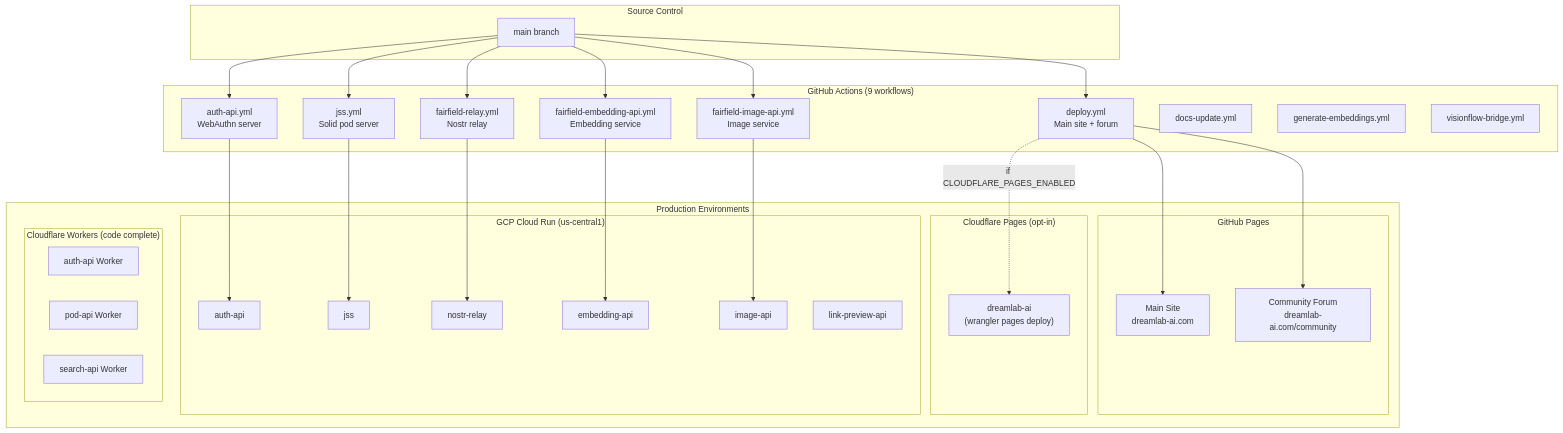
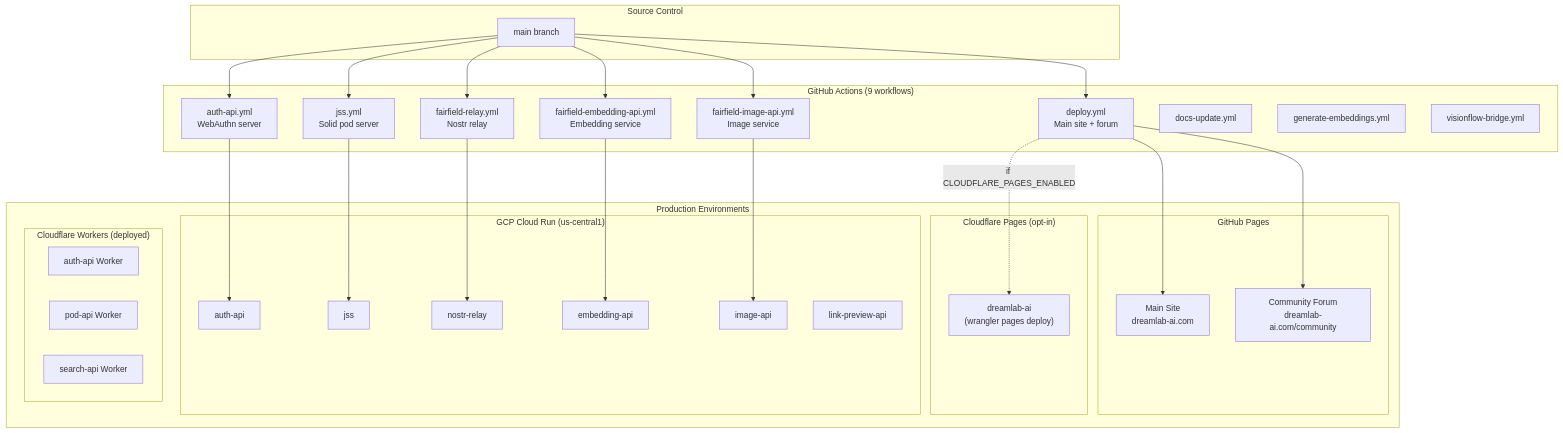
One commit to DreamLab-AI/dreamlab-ai-website changed the first of 5 diagrams in docs/architecture/DEPLOYMENT.md. Above: the diagram before and after it, drawn with Mermaid. The commit also changed other lines of this file and 37 other files, not shown here.

First line of the commit message:
Harden Workers security + update 35 docs to deployed status

````diff
--- a/docs/architecture/DEPLOYMENT.md
+++ b/docs/architecture/DEPLOYMENT.md
@@ -15,60 +15,60 @@
 ```mermaid
 graph TB
     subgraph Source["Source Control"]
         Main["main branch"]
     end
 
     subgraph Workflows["GitHub Actions (9 workflows)"]
         Deploy["deploy.yml<br/>Main site + forum"]
         AuthDeploy["auth-api.yml<br/>WebAuthn server"]
         JSSDeploy["jss.yml<br/>Solid pod server"]
         RelayDeploy["fairfield-relay.yml<br/>Nostr relay"]
         EmbedDeploy["fairfield-embedding-api.yml<br/>Embedding service"]
         ImageDeploy["fairfield-image-api.yml<br/>Image service"]
         DocsDeploy["docs-update.yml"]
         EmbedGen["generate-embeddings.yml"]
         Bridge["visionflow-bridge.yml"]
     end
 
     subgraph Production["Production Environments"]
         subgraph GHPages["GitHub Pages"]
             MainSite["Main Site<br/>dreamlab-ai.com"]
             Community["Community Forum<br/>dreamlab-ai.com/community"]
         end
 
         subgraph CFPages["Cloudflare Pages (opt-in)"]
             CFSite["dreamlab-ai<br/>(wrangler pages deploy)"]
         end
 
         subgraph GCP["GCP Cloud Run (us-central1)"]
             AuthSvc["auth-api"]
             JSSSvc["jss"]
             RelaySvc["nostr-relay"]
             EmbedSvc["embedding-api"]
             ImageSvc["image-api"]
             LinkSvc["link-preview-api"]
         end
 
-        subgraph CF["Cloudflare Workers (code complete)"]
+        subgraph CF["Cloudflare Workers (deployed)"]
             CFAuth["auth-api Worker"]
             CFPod["pod-api Worker"]
             CFSearch["search-api Worker"]
         end
     end
 
     Main --> Deploy
     Main --> AuthDeploy
     Main --> JSSDeploy
     Main --> RelayDeploy
     Main --> EmbedDeploy
     Main --> ImageDeploy
 
     Deploy --> MainSite
     Deploy --> Community
     Deploy -.->|if CLOUDFLARE_PAGES_ENABLED| CFSite
     AuthDeploy --> AuthSvc
     JSSDeploy --> JSSSvc
     RelayDeploy --> RelaySvc
     EmbedDeploy --> EmbedSvc
     ImageDeploy --> ImageSvc
 ```
````
